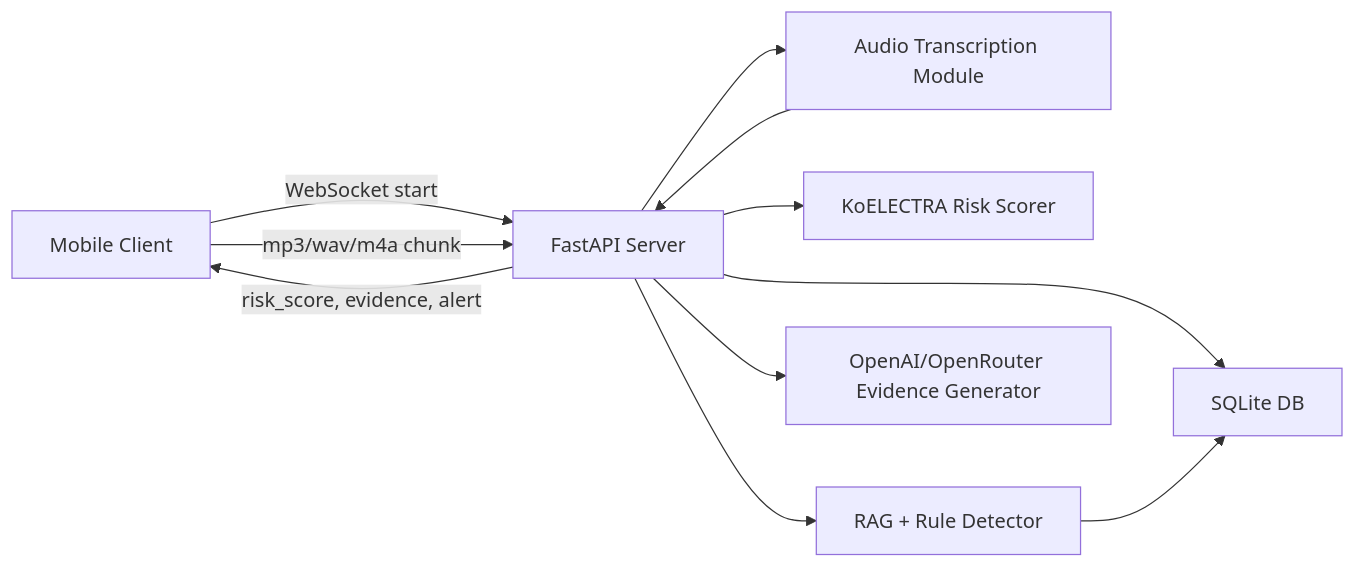
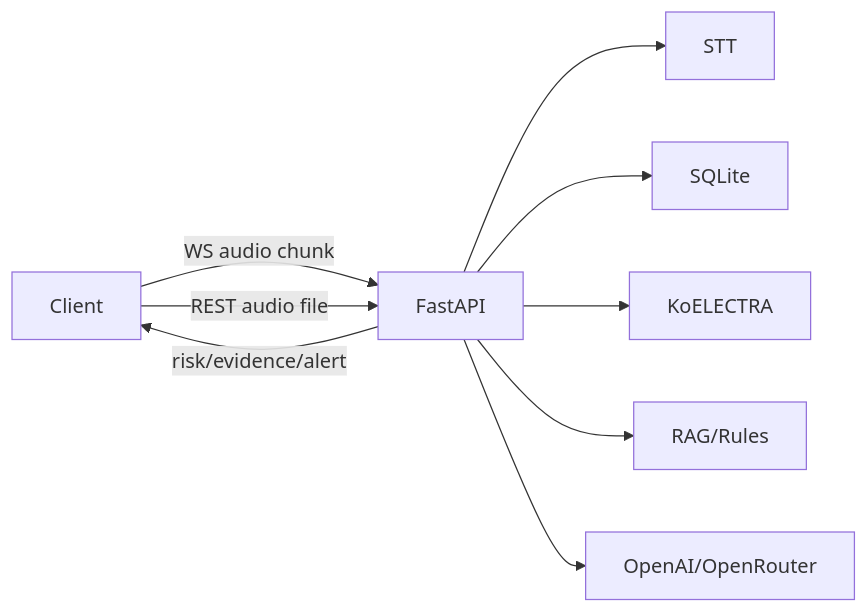
One commit to KNU-AI-BOOT-7/KNU_AI_BOOT_Project changed the diagram in README.md. Above: the diagram before and after it, drawn with Mermaid. The commit also changed other lines of this file, not shown here.

````diff
--- a/README.md
+++ b/README.md
@@ -39,13 +18,11 @@
 ```mermaid
 flowchart LR
-    Client["Mobile Client"] -->|WebSocket start| API["FastAPI Server"]
-    Client -->|mp3/wav/m4a chunk| API
-    API --> STT["Audio Transcription Module"]
-    STT --> API
-    API --> DB["SQLite DB"]
-    API --> KE["KoELECTRA Risk Scorer"]
-    API --> RAG["RAG + Rule Detector"]
-    RAG --> DB
-    API --> LLM["OpenAI/OpenRouter Evidence Generator"]
-    API -->|risk_score, evidence, alert| Client
+    Client["Client"] -->|WS audio chunk| API["FastAPI"]
+    Client -->|REST audio file| API
+    API --> STT["STT"]
+    API --> DB["SQLite"]
+    API --> ML["KoELECTRA"]
+    API --> RAG["RAG/Rules"]
+    API --> LLM["OpenAI/OpenRouter"]
+    API -->|risk/evidence/alert| Client
 ```
````
